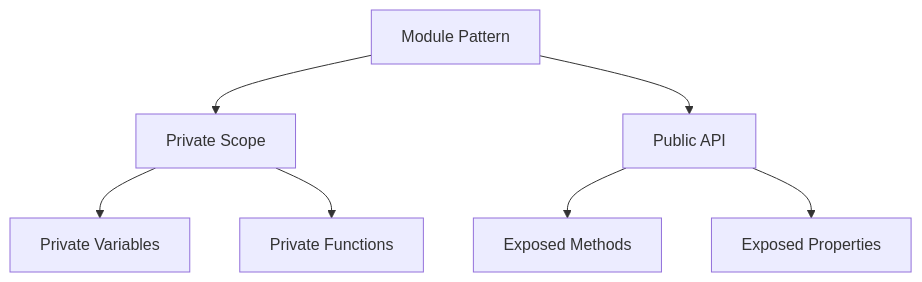
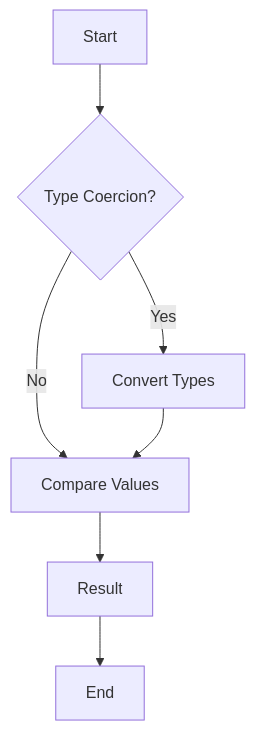
One commit to MasteryEducation/SoftwarePatternsLexicon.com changed the diagram in content/patterns-js/3/1/1/index.md. Above: the diagram before and after it, drawn with Mermaid. The commit also changed other lines of this file and 570 other files, not shown here.

````diff
--- a/content/patterns-js/3/1/1/index.md
+++ b/content/patterns-js/3/1/1/index.md
@@ -52,9 +146,9 @@
 ```mermaid
 graph TD;
-    A[Module Pattern] --> B[Private Scope]
-    B --> C[Private Variables]
-    B --> D[Private Functions]
-    A --> E[Public API]
-    E --> F[Exposed Methods]
-    E --> G[Exposed Properties]
+    A[Start] --> B{Type Coercion?};
+    B -- Yes --> C[Convert Types];
+    B -- No --> D[Compare Values];
+    C --> D;
+    D --> E[Result];
+    E --> F[End];
 ```
````
